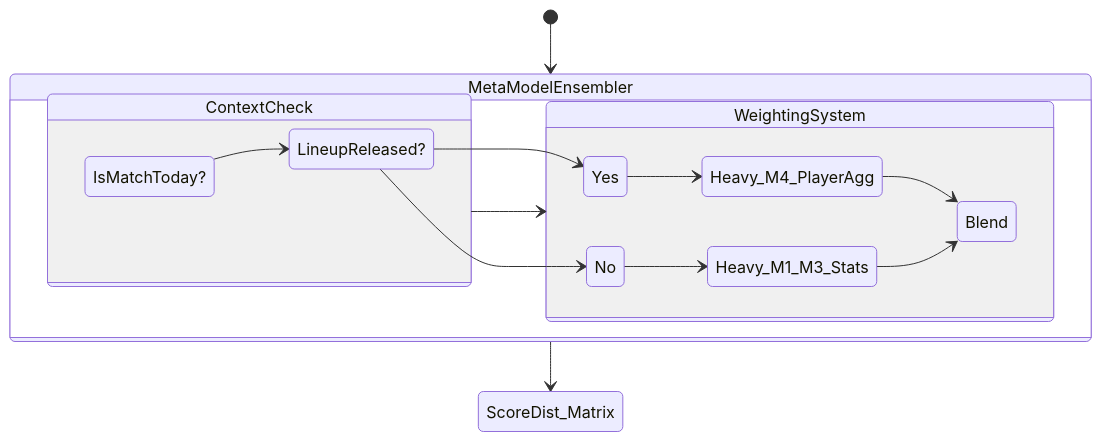
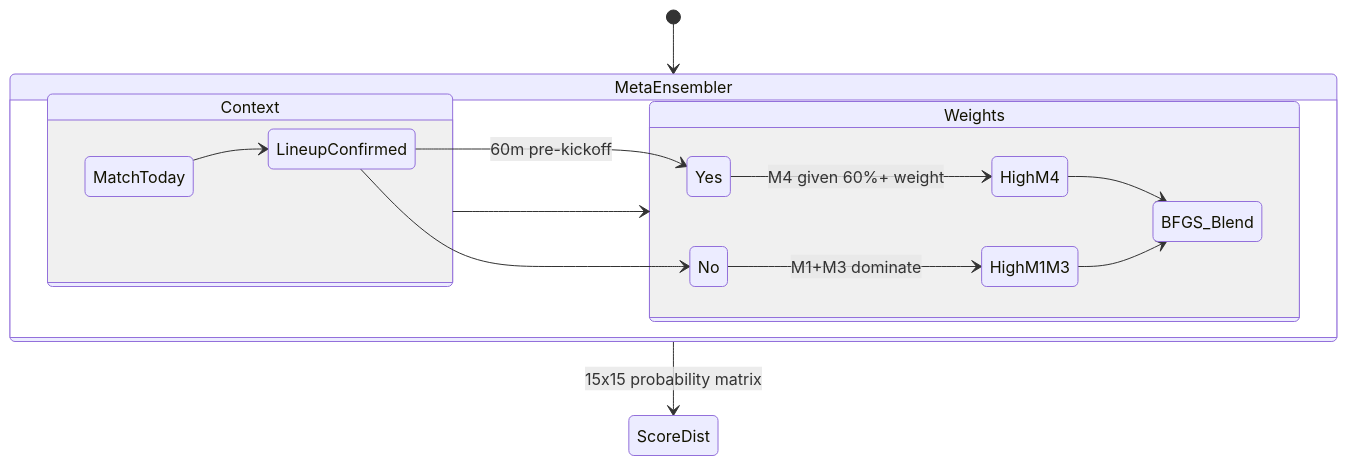
One commit to shreejitverma/wc2026-quant-prediction-system changed the third of 5 diagrams in docs/architecture.md. Above: the diagram before and after it, drawn with Mermaid. The commit also changed other lines of this file and 8 other files, not shown here.

````diff
--- a/docs/architecture.md
+++ b/docs/architecture.md
@@ -57,24 +129,24 @@
 ```mermaid
 stateDiagram-v2
-    [*] --> MetaModelEnsembler
-    
-    state MetaModelEnsembler {
+    [*] --> MetaEnsembler
+
+    state MetaEnsembler {
         direction LR
-        ContextCheck --> WeightingSystem
-        
-        state ContextCheck {
-            IsMatchToday? --> LineupReleased?
-            LineupReleased? --> Yes
-            LineupReleased? --> No
+        Context --> Weights
+
+        state Context {
+            MatchToday --> LineupConfirmed
+            LineupConfirmed --> Yes : 60m pre-kickoff
+            LineupConfirmed --> No
         }
-        
-        state WeightingSystem {
-            Yes --> Heavy_M4_PlayerAgg
-            No --> Heavy_M1_M3_Stats
-            Heavy_M4_PlayerAgg --> Blend
-            Heavy_M1_M3_Stats --> Blend
+
+        state Weights {
+            Yes --> HighM4 : M4 given 60%+ weight
+            No --> HighM1M3 : M1+M3 dominate
+            HighM4 --> BFGS_Blend
+            HighM1M3 --> BFGS_Blend
         }
     }
-    
-    MetaModelEnsembler --> ScoreDist_Matrix
+
+    MetaEnsembler --> ScoreDist : 15x15 probability matrix
 ```
````
